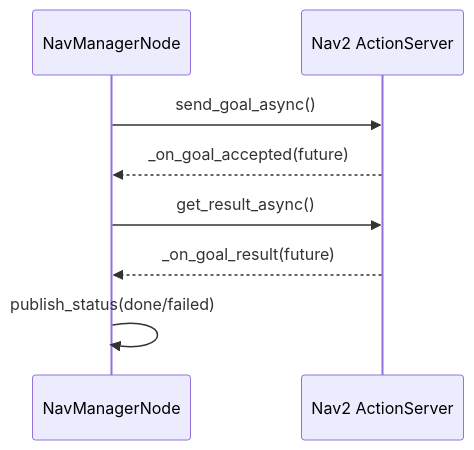
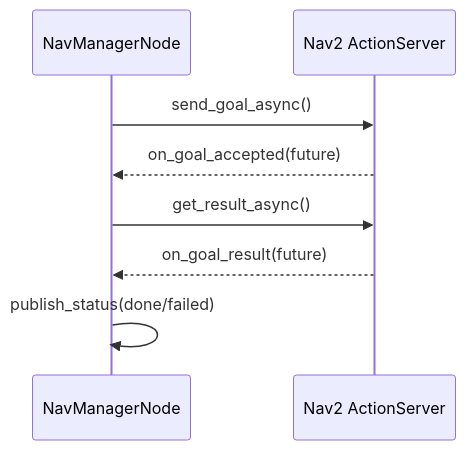
The second of 2 diagrams in 01-literate/03-nav_manager_node.md (Boston-Robot-Hackers/dome_nav), drawn with Mermaid before and after one commit. The commit also changed other lines of this file and 2 other files, not shown here.

````diff
--- a/01-literate/03-nav_manager_node.md
+++ b/01-literate/03-nav_manager_node.md
@@ -51,10 +62,10 @@
 ```mermaid
 sequenceDiagram
     participant N as NavManagerNode
     participant A as Nav2 ActionServer
     N->>A: send_goal_async()
-    A-->>N: _on_goal_accepted(future)
+    A-->>N: on_goal_accepted(future)
     N->>A: get_result_async()
-    A-->>N: _on_goal_result(future)
+    A-->>N: on_goal_result(future)
     N->>N: publish_status(done/failed)
 ```
````
